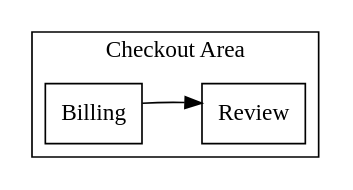
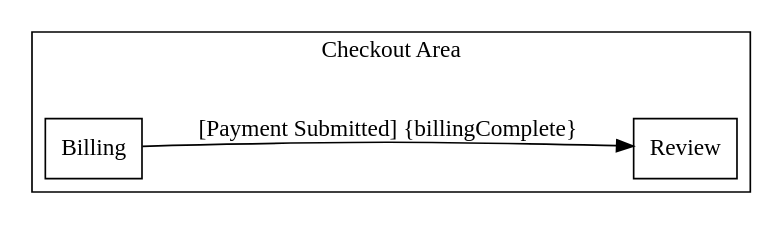
One commit to knutopia/Structured-Design-Documents changed the diagram in examples/rendered/v0.2/ia_place_map_diagram_type/outcome_to_ia_trace_example/compact_detail/outcome_to_ia_trace.ia_place_map.dot. Above: the diagram before and after it, drawn with Graphviz. The commit also changed 125 other files, not shown here.

```diff
--- a/examples/rendered/v0.2/ia_place_map_diagram_type/outcome_to_ia_trace_example/compact_detail/outcome_to_ia_trace.ia_place_map.dot
+++ b/examples/rendered/v0.2/ia_place_map_diagram_type/outcome_to_ia_trace_example/compact_detail/outcome_to_ia_trace.ia_place_map.dot
@@ -1,13 +1,13 @@
 digraph ia_place_map {
   rankdir=LR;
   graph [fontname="Public Sans"];
   node [shape=box, fontname="Public Sans"];
   edge [fontname="Public Sans"];
   subgraph cluster_A_001 {
     label="Checkout Area";
     "P-001" [label="Billing"];
     "P-002" [label="Review"];
   }
   "P-001" -> "P-002" [style=invis, weight=100];
-  "P-001" -> "P-002";
+  "P-001" -> "P-002" [label="[Payment Submitted] {billingComplete}"];
 }
```
